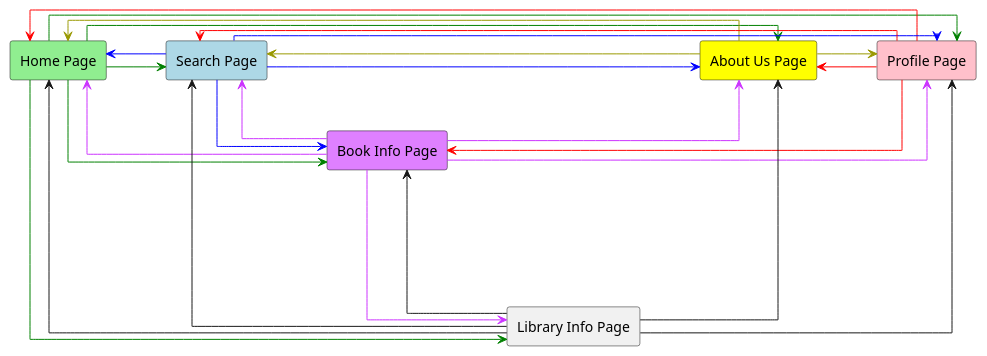
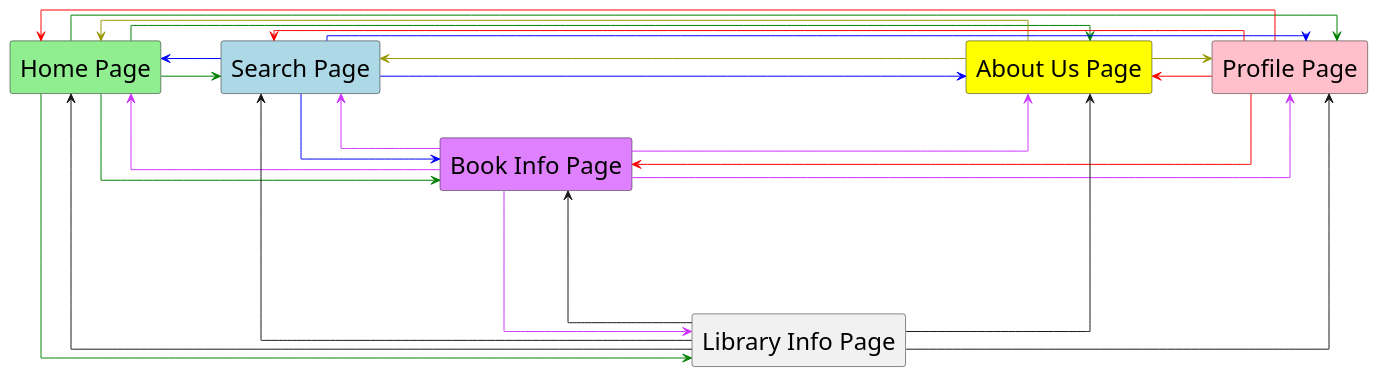
Before and after one commit to nikolasfil/Bilbo: the first of 2 diagrams in docs/report/connections.md, drawn with PlantUML. The commit also changed 6 other files, not shown here.

````diff
--- a/docs/report/connections.md
+++ b/docs/report/connections.md
@@ -3,54 +3,61 @@
 ```plantuml
 
 @startuml
 skinparam linetype ortho
+skinparam rectangle  {
+    FontSize 24
+}
+
+' skinparam ranksep 50
+' skinparam nodesep 50
+
 
 left to right direction
 
 ' actor User
 rectangle "Home Page" as Home #LightGreen
 rectangle "Search Page" as Search #LightBlue
 rectangle "Profile Page" as Profile #Pink
 rectangle "About Us Page" as About #Yellow
 rectangle "Book Info Page" as Book #df80ff
 rectangle "Library Info Page" as Library
 
 Home --> Book #Green
 Home --> Profile #Green
 Home --> About #Green
 Home --> Search #Green
 Home --> Library #Green
 
 Search --> Home #Blue
 Search --> Profile #Blue
 Search --> About #Blue
 Search --> Book #Blue
 
 Profile --> Book #Red
 Profile --> Home #Red
 Profile --> About #Red
 Profile --> Search #Red
 
 About --> Home #999900
 About --> Profile #999900
 About --> Search #999900
 
 Library --> Book
 Library --> Home
 Library --> Profile
 Library --> Search
 Library --> About
 
 
 Book --> Home #cc33ff
 Book --> Search #cc33ff
 Book --> Profile #cc33ff
 Book --> About #cc33ff
 Book --> Library #cc33ff
 
 
 
 
 @enduml
 
 ```
````
